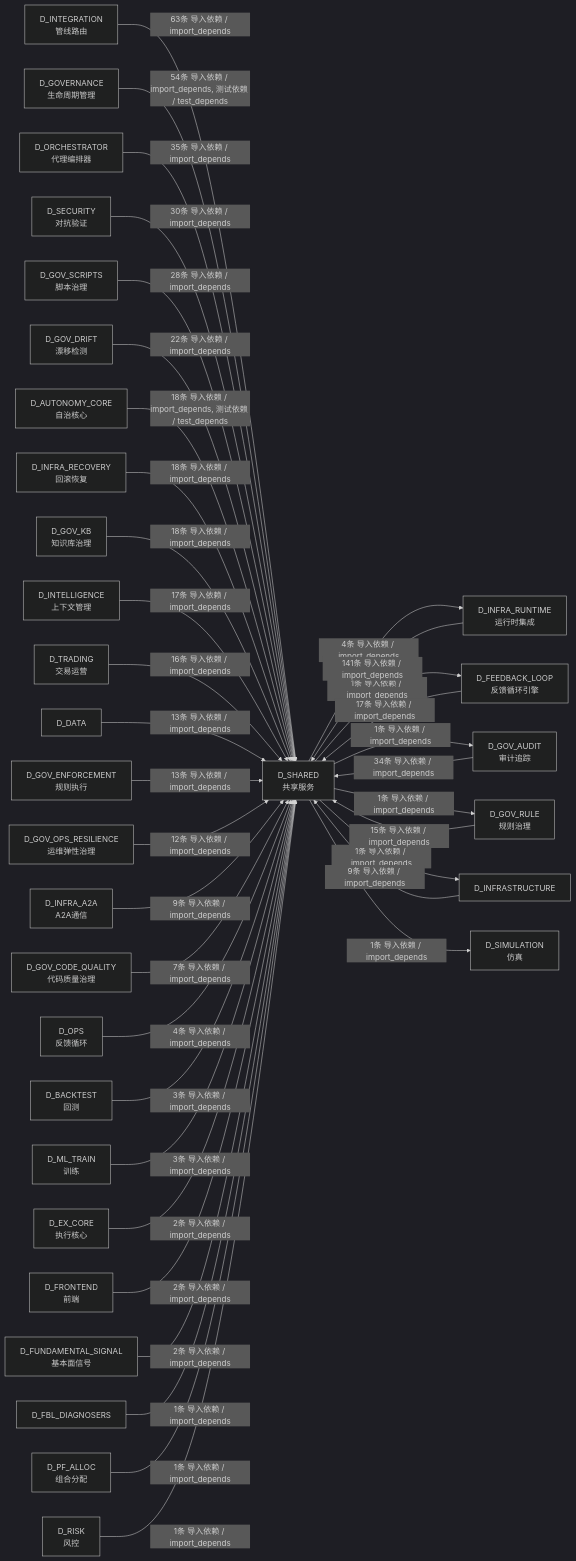
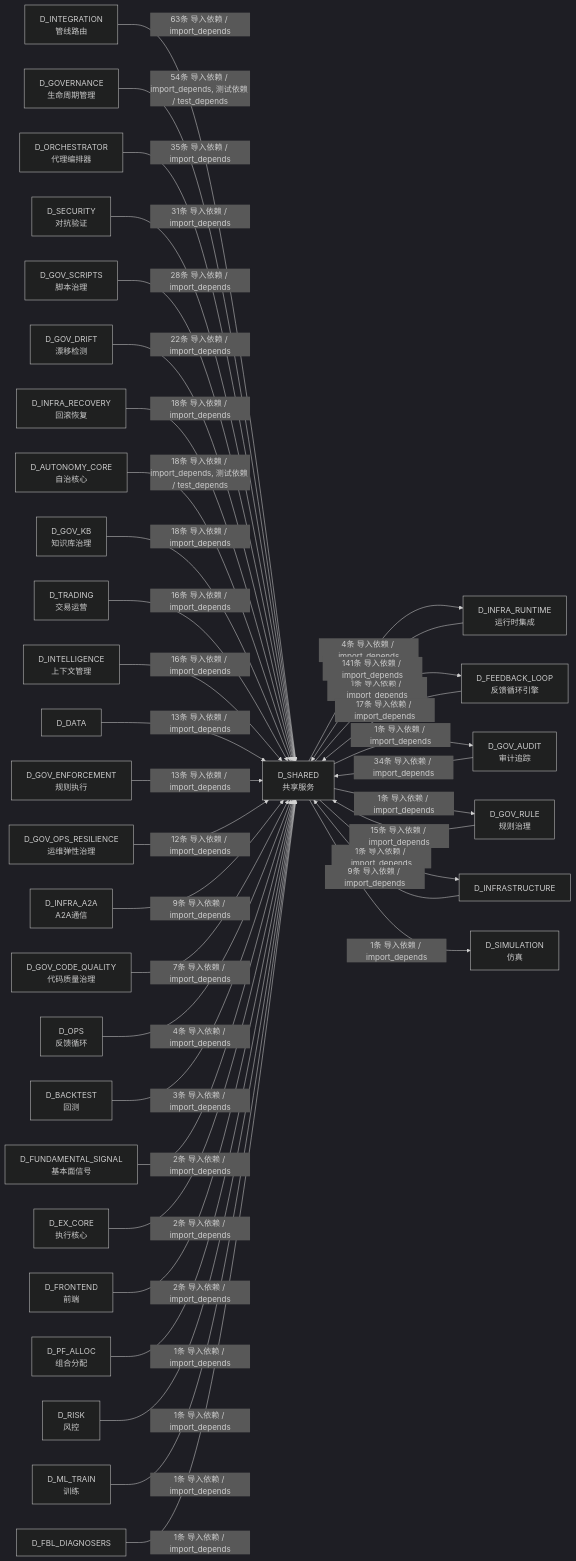
Before and after one commit to xuanFelixVan/ZephyrAlpha: the tenth of 10 diagrams in docs/02_enterprise_architecture/02_domain_architecture_docs/26_d_shared.md, drawn with Mermaid (dark theme). The commit also changed other lines of this file and 98 other files, not shown here.

````diff
--- a/docs/02_enterprise_architecture/02_domain_architecture_docs/26_d_shared.md
+++ b/docs/02_enterprise_architecture/02_domain_architecture_docs/26_d_shared.md
@@ -1694,71 +1682,71 @@
 ```mermaid
 graph LR
     D_SHARED["D_SHARED<br/>共享服务"]
     D_INFRA_RUNTIME["D_INFRA_RUNTIME<br/>运行时集成"]
     D_FEEDBACK_LOOP["D_FEEDBACK_LOOP<br/>反馈循环引擎"]
     D_GOV_AUDIT["D_GOV_AUDIT<br/>审计追踪"]
     D_GOV_RULE["D_GOV_RULE<br/>规则治理"]
     D_INFRASTRUCTURE["D_INFRASTRUCTURE"]
     D_SIMULATION["D_SIMULATION<br/>仿真"]
     D_INTEGRATION["D_INTEGRATION<br/>管线路由"]
     D_GOVERNANCE["D_GOVERNANCE<br/>生命周期管理"]
     D_ORCHESTRATOR["D_ORCHESTRATOR<br/>代理编排器"]
     D_SECURITY["D_SECURITY<br/>对抗验证"]
     D_GOV_SCRIPTS["D_GOV_SCRIPTS<br/>脚本治理"]
     D_GOV_DRIFT["D_GOV_DRIFT<br/>漂移检测"]
+    D_INFRA_RECOVERY["D_INFRA_RECOVERY<br/>回滚恢复"]
     D_AUTONOMY_CORE["D_AUTONOMY_CORE<br/>自治核心"]
-    D_INFRA_RECOVERY["D_INFRA_RECOVERY<br/>回滚恢复"]
     D_GOV_KB["D_GOV_KB<br/>知识库治理"]
+    D_TRADING["D_TRADING<br/>交易运营"]
     D_INTELLIGENCE["D_INTELLIGENCE<br/>上下文管理"]
-    D_TRADING["D_TRADING<br/>交易运营"]
     D_DATA["D_DATA"]
     D_GOV_ENFORCEMENT["D_GOV_ENFORCEMENT<br/>规则执行"]
     D_GOV_OPS_RESILIENCE["D_GOV_OPS_RESILIENCE<br/>运维弹性治理"]
     D_INFRA_A2A["D_INFRA_A2A<br/>A2A通信"]
     D_GOV_CODE_QUALITY["D_GOV_CODE_QUALITY<br/>代码质量治理"]
     D_OPS["D_OPS<br/>反馈循环"]
     D_BACKTEST["D_BACKTEST<br/>回测"]
-    D_ML_TRAIN["D_ML_TRAIN<br/>训练"]
+    D_FUNDAMENTAL_SIGNAL["D_FUNDAMENTAL_SIGNAL<br/>基本面信号"]
     D_EX_CORE["D_EX_CORE<br/>执行核心"]
     D_FRONTEND["D_FRONTEND<br/>前端"]
-    D_FUNDAMENTAL_SIGNAL["D_FUNDAMENTAL_SIGNAL<br/>基本面信号"]
-    D_FBL_DIAGNOSERS["D_FBL_DIAGNOSERS"]
     D_PF_ALLOC["D_PF_ALLOC<br/>组合分配"]
     D_RISK["D_RISK<br/>风控"]
+    D_ML_TRAIN["D_ML_TRAIN<br/>训练"]
+    D_FBL_DIAGNOSERS["D_FBL_DIAGNOSERS"]
     D_SHARED -->|4条 导入依赖 / import_depends| D_INFRA_RUNTIME
     D_SHARED -->|1条 导入依赖 / import_depends| D_FEEDBACK_LOOP
     D_SHARED -->|1条 导入依赖 / import_depends| D_GOV_AUDIT
     D_SHARED -->|1条 导入依赖 / import_depends| D_GOV_RULE
     D_SHARED -->|1条 导入依赖 / import_depends| D_INFRASTRUCTURE
     D_SHARED -->|1条 导入依赖 / import_depends| D_SIMULATION
     D_INFRA_RUNTIME -->|141条 导入依赖 / import_depends| D_SHARED
     D_INTEGRATION -->|63条 导入依赖 / import_depends| D_SHARED
     D_GOVERNANCE -->|54条 导入依赖 / import_depends, 测试依赖 / test_depends| D_SHARED
     D_ORCHESTRATOR -->|35条 导入依赖 / import_depends| D_SHARED
     D_GOV_AUDIT -->|34条 导入依赖 / import_depends| D_SHARED
-    D_SECURITY -->|30条 导入依赖 / import_depends| D_SHARED
+    D_SECURITY -->|31条 导入依赖 / import_depends| D_SHARED
     D_GOV_SCRIPTS -->|28条 导入依赖 / import_depends| D_SHARED
     D_GOV_DRIFT -->|22条 导入依赖 / import_depends| D_SHARED
+    D_INFRA_RECOVERY -->|18条 导入依赖 / import_depends| D_SHARED
     D_AUTONOMY_CORE -->|18条 导入依赖 / import_depends, 测试依赖 / test_depends| D_SHARED
-    D_INFRA_RECOVERY -->|18条 导入依赖 / import_depends| D_SHARED
     D_GOV_KB -->|18条 导入依赖 / import_depends| D_SHARED
     D_FEEDBACK_LOOP -->|17条 导入依赖 / import_depends| D_SHARED
-    D_INTELLIGENCE -->|17条 导入依赖 / import_depends| D_SHARED
     D_TRADING -->|16条 导入依赖 / import_depends| D_SHARED
+    D_INTELLIGENCE -->|16条 导入依赖 / import_depends| D_SHARED
     D_GOV_RULE -->|15条 导入依赖 / import_depends| D_SHARED
     D_DATA -->|13条 导入依赖 / import_depends| D_SHARED
     D_GOV_ENFORCEMENT -->|13条 导入依赖 / import_depends| D_SHARED
     D_GOV_OPS_RESILIENCE -->|12条 导入依赖 / import_depends| D_SHARED
+    D_INFRASTRUCTURE -->|9条 导入依赖 / import_depends| D_SHARED
     D_INFRA_A2A -->|9条 导入依赖 / import_depends| D_SHARED
-    D_INFRASTRUCTURE -->|9条 导入依赖 / import_depends| D_SHARED
     D_GOV_CODE_QUALITY -->|7条 导入依赖 / import_depends| D_SHARED
     D_OPS -->|4条 导入依赖 / import_depends| D_SHARED
     D_BACKTEST -->|3条 导入依赖 / import_depends| D_SHARED
-    D_ML_TRAIN -->|3条 导入依赖 / import_depends| D_SHARED
+    D_FUNDAMENTAL_SIGNAL -->|2条 导入依赖 / import_depends| D_SHARED
     D_EX_CORE -->|2条 导入依赖 / import_depends| D_SHARED
     D_FRONTEND -->|2条 导入依赖 / import_depends| D_SHARED
-    D_FUNDAMENTAL_SIGNAL -->|2条 导入依赖 / import_depends| D_SHARED
-    D_FBL_DIAGNOSERS -->|1条 导入依赖 / import_depends| D_SHARED
     D_PF_ALLOC -->|1条 导入依赖 / import_depends| D_SHARED
     D_RISK -->|1条 导入依赖 / import_depends| D_SHARED
+    D_ML_TRAIN -->|1条 导入依赖 / import_depends| D_SHARED
+    D_FBL_DIAGNOSERS -->|1条 导入依赖 / import_depends| D_SHARED
 ```
````
